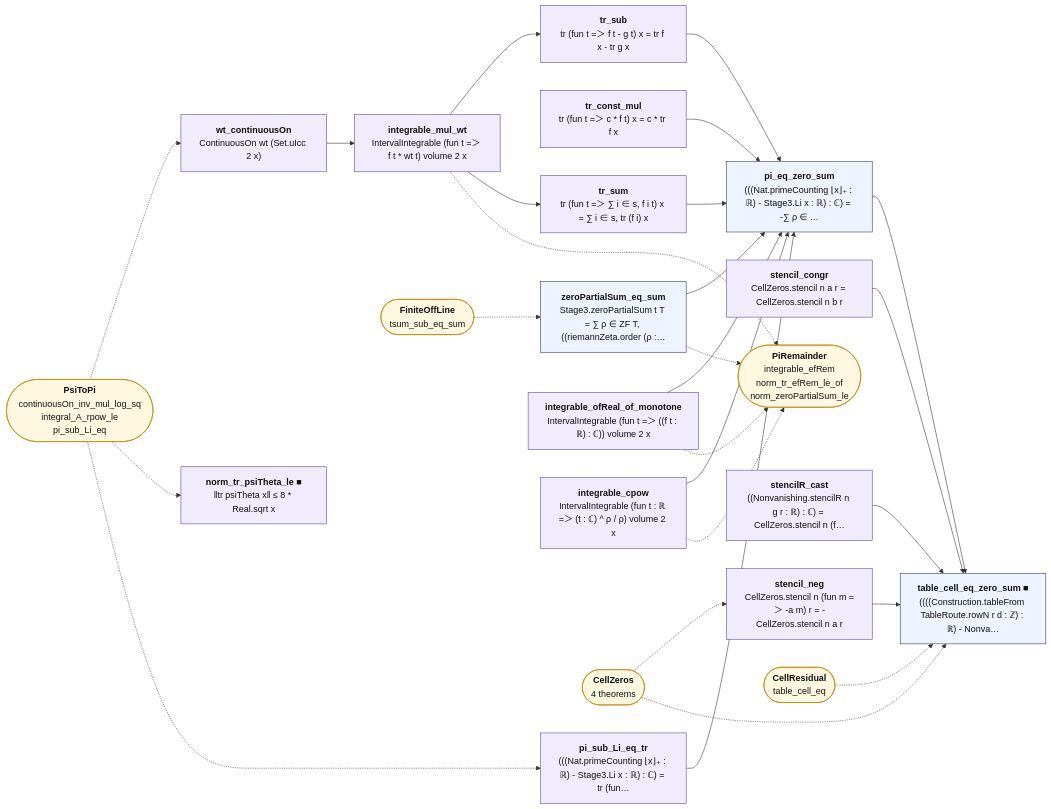
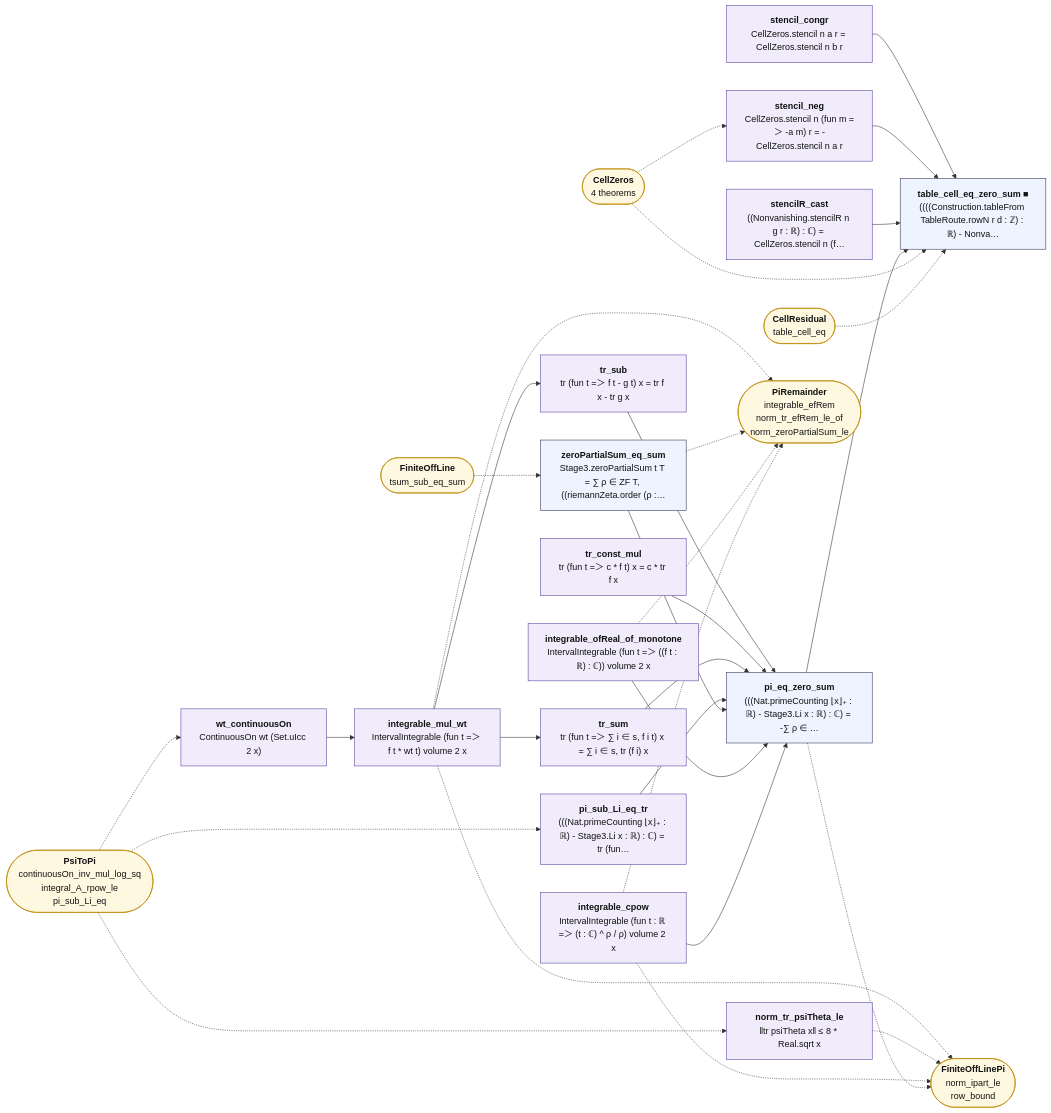
Before and after one commit to juliansambranojr/Primebeat_081426: the diagram in map/lean_stage3/PiZeros.md, drawn with Mermaid. The commit also changed other lines of this file and 44 other files, not shown here.

First line of the commit message:
J10e: finitely many zeros off the line, on the prime count at the doublings (unit 0445)

````diff
--- a/map/lean_stage3/PiZeros.md
+++ b/map/lean_stage3/PiZeros.md
@@ -12,56 +12,61 @@
 ```mermaid
 flowchart LR
   n0["<b>wt_continuousOn</b><br/>ContinuousOn wt (Set.uIcc 2 x)"]:::shp
   n1["<b>integrable_mul_wt</b><br/>IntervalIntegrable (fun t =＞ f t * wt t) volume 2 x"]:::shp
   n2["<b>tr_sub</b><br/>tr (fun t =＞ f t - g t) x = tr f x - tr g x"]:::shp
   n3["<b>tr_const_mul</b><br/>tr (fun t =＞ c * f t) x = c * tr f x"]:::shp
   n4["<b>tr_sum</b><br/>tr (fun t =＞ ∑ i ∈ s, f i t) x = ∑ i ∈ s, tr (f i) x"]:::shp
   n5["<b>pi_sub_Li_eq_tr</b><br/>(((Nat.primeCounting ⌊x⌋₊ : ℝ) - Stage3.Li x : ℝ) : ℂ) = tr (fun…"]:::shp
   n6["<b>zeroPartialSum_eq_sum</b><br/>Stage3.zeroPartialSum t T = ∑ ρ ∈ ZF T, ((riemannZeta.order (ρ :…"]:::thm
   n7["<b>integrable_ofReal_of_monotone</b><br/>IntervalIntegrable (fun t =＞ ((f t : ℝ) : ℂ)) volume 2 x"]:::shp
   n8["<b>integrable_cpow</b><br/>IntervalIntegrable (fun t : ℝ =＞ (t : ℂ) ^ ρ / ρ) volume 2 x"]:::shp
   n9["<b>pi_eq_zero_sum</b><br/>(((Nat.primeCounting ⌊x⌋₊ : ℝ) - Stage3.Li x : ℝ) : ℂ) = -∑ ρ ∈ …"]:::thm
-  n10["<b>norm_tr_psiTheta_le ■</b><br/>‖tr psiTheta x‖ ≤ 8 * Real.sqrt x"]:::shp
+  n10["<b>norm_tr_psiTheta_le</b><br/>‖tr psiTheta x‖ ≤ 8 * Real.sqrt x"]:::shp
   n11["<b>stencil_congr</b><br/>CellZeros.stencil n a r = CellZeros.stencil n b r"]:::shp
   n12["<b>stencil_neg</b><br/>CellZeros.stencil n (fun m =＞ -a m) r = -CellZeros.stencil n a r"]:::shp
   n13["<b>stencilR_cast</b><br/>((Nonvanishing.stencilR n g r : ℝ) : ℂ) = CellZeros.stencil n (f…"]:::shp
   n14["<b>table_cell_eq_zero_sum ■</b><br/>((((Construction.tableFrom TableRoute.rowN r d : ℤ) : ℝ) - Nonva…"]:::thm
   x0(["<b>PsiToPi</b><br/>continuousOn_inv_mul_log_sq<br/>integral_A_rpow_le<br/>pi_sub_Li_eq"]):::ext
-  x1(["<b>PiRemainder</b><br/>integrable_efRem<br/>norm_tr_efRem_le_of<br/>norm_zeroPartialSum_le"]):::ext
-  x2(["<b>FiniteOffLine</b><br/>tsum_sub_eq_sum"]):::ext
-  x3(["<b>CellZeros</b><br/>4 theorems"]):::ext
-  x4(["<b>CellResidual</b><br/>table_cell_eq"]):::ext
+  x1(["<b>FiniteOffLinePi</b><br/>norm_ipart_le<br/>row_bound"]):::ext
+  x2(["<b>PiRemainder</b><br/>integrable_efRem<br/>norm_tr_efRem_le_of<br/>norm_zeroPartialSum_le"]):::ext
+  x3(["<b>FiniteOffLine</b><br/>tsum_sub_eq_sum"]):::ext
+  x4(["<b>CellZeros</b><br/>4 theorems"]):::ext
+  x5(["<b>CellResidual</b><br/>table_cell_eq"]):::ext
   n0 --> n1
   n1 --> n2
   n1 --> n4
   n11 --> n14
   n12 --> n14
   n13 --> n14
   n2 --> n9
   n3 --> n9
   n4 --> n9
   n5 --> n9
   n6 --> n9
   n7 --> n9
   n8 --> n9
   n9 --> n14
   n1 -.-> x1
-  n6 -.-> x1
-  n7 -.-> x1
+  n1 -.-> x2
+  n10 -.-> x1
+  n6 -.-> x2
+  n7 -.-> x2
   n8 -.-> x1
+  n8 -.-> x2
+  n9 -.-> x1
   x0 -.-> n0
   x0 -.-> n10
   x0 -.-> n5
-  x2 -.-> n6
-  x3 -.-> n12
-  x3 -.-> n14
+  x3 -.-> n6
+  x4 -.-> n12
   x4 -.-> n14
+  x5 -.-> n14
   classDef cnt fill:#dff5ec,stroke:#17694a,color:#111
   classDef shp fill:#f1ecfb,stroke:#5b3fa0,color:#111
   classDef rh fill:#ffe5e5,stroke:#c22,color:#111,stroke-width:2px
   classDef thm fill:#eef4ff,stroke:#335,color:#111
   classDef end_ fill:#e7f7e7,stroke:#2a7,color:#111,stroke-width:2px
   classDef lone fill:#fff,stroke:#999,color:#111,stroke-dasharray:4 3
   classDef bad fill:#ffe5e5,stroke:#c22,color:#111,stroke-width:2px
   classDef ext fill:#fff8e1,stroke:#b80,color:#111
 ```
````
